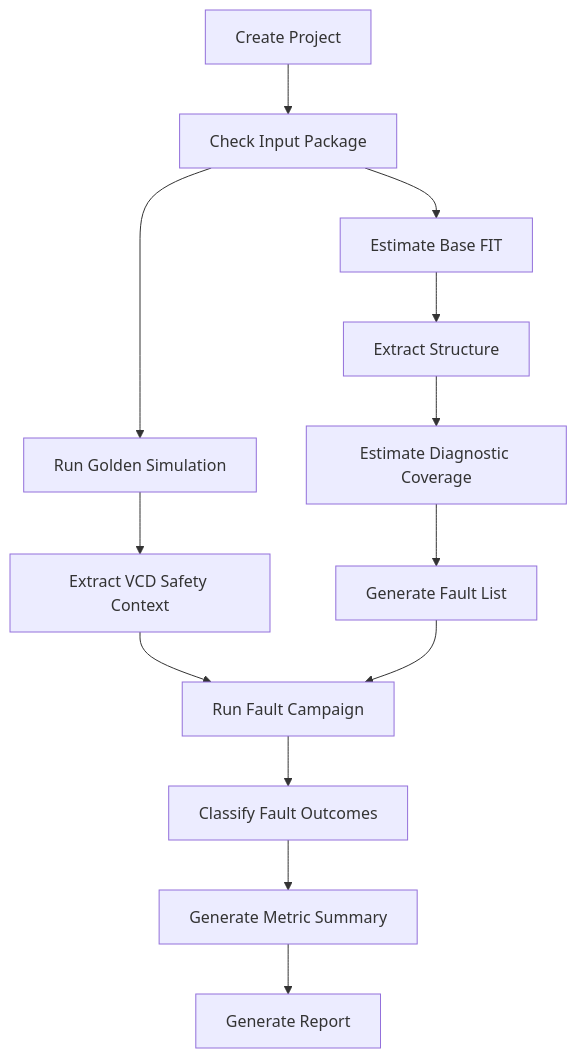
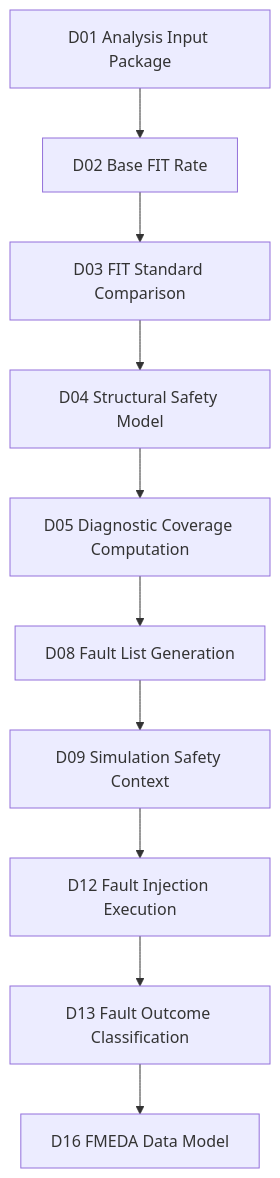
One commit to qiqixixi1001/automotive-safeic-practice changed the fourth of 4 diagrams in articles/01_automotive_safeic_practice_d01_github_en_revised.md. Above: the diagram before and after it, drawn with Mermaid. The commit also changed other lines of this file, not shown here.

````diff
--- a/articles/01_automotive_safeic_practice_d01_github_en_revised.md
+++ b/articles/01_automotive_safeic_practice_d01_github_en_revised.md
@@ -1236,15 +1018,12 @@
 ```mermaid
 flowchart TD
-    A[Create Project] --> B[Check Input Package]
-    B --> C[Run Golden Simulation]
-    C --> D[Extract VCD Safety Context]
-    B --> E[Estimate Base FIT]
-    E --> F[Extract Structure]
-    F --> G[Estimate Diagnostic Coverage]
-    G --> H[Generate Fault List]
-    D --> I[Run Fault Campaign]
-    H --> I
-    I --> J[Classify Fault Outcomes]
-    J --> K[Generate Metric Summary]
-    K --> L[Generate Report]
+    A[D01 Analysis Input Package] --> B[D02 Base FIT Rate]
+    B --> C[D03 FIT Standard Comparison]
+    C --> D[D04 Structural Safety Model]
+    D --> E[D05 Diagnostic Coverage Computation]
+    E --> F[D08 Fault List Generation]
+    F --> G[D09 Simulation Safety Context]
+    G --> H[D12 Fault Injection Execution]
+    H --> I[D13 Fault Outcome Classification]
+    I --> J[D16 FMEDA Data Model]
 ```
````
